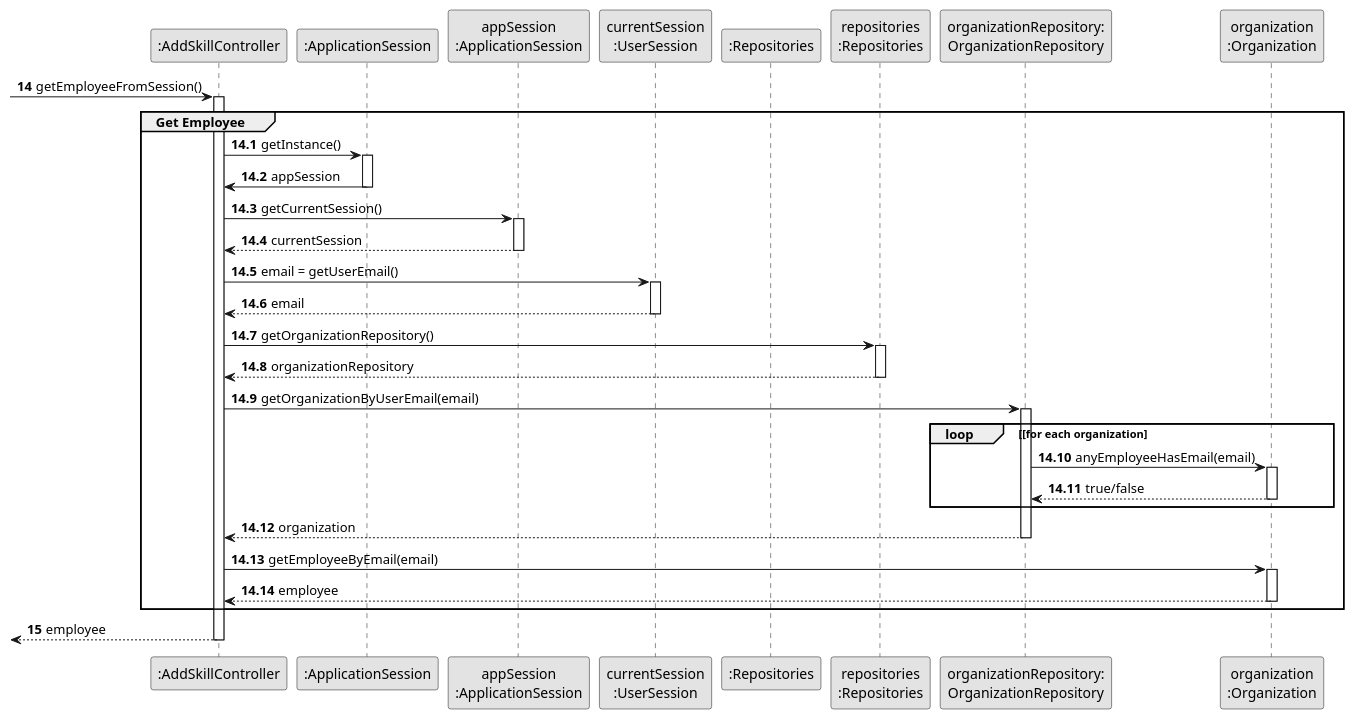
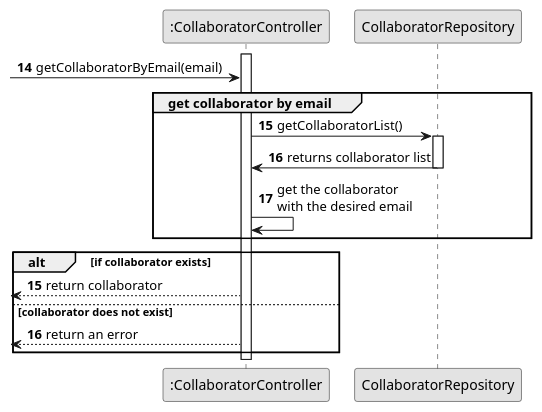
Before and after one commit to RicardoMorim/lapr2-ISEP-Project: the diagram in docs/sprintB/us004/03.design/puml/us004-sequence-diagram-partial-get-employee.puml, drawn with PlantUML. The commit also changed 14 other files, not shown here.

```diff
--- a/docs/sprintB/us004/03.design/puml/us004-sequence-diagram-partial-get-employee.puml
+++ b/docs/sprintB/us004/03.design/puml/us004-sequence-diagram-partial-get-employee.puml
@@ -1,72 +1,34 @@
 @startuml
 skinparam monochrome true
 skinparam packageStyle rectangle
 skinparam shadowing false
 
 
 
 'hide footbox
-participant ":AddSkillController" as CTRL
-participant ":ApplicationSession" as _APP
-participant "appSession\n:ApplicationSession" as APP
-participant "currentSession\n:UserSession" as SESSAO
-participant ":Repositories" as RepositorySingleton
-participant "repositories\n:Repositories" as PLAT
-participant "organizationRepository:\nOrganizationRepository" as OrganizationRepository
-participant "organization\n:Organization" as ORG
+participant ":CollaboratorController" as CTRL
+participant "CollaboratorRepository" as REP
 
 autonumber 14
--> CTRL : getEmployeeFromSession()
+-> CTRL : getCollaboratorByEmail(email)
+    group get collaborator by email
+        CTRL -> REP: getCollaboratorList()
+        activate REP
+             REP -> CTRL: returns collaborator list
+        deactivate REP
+
+        CTRL -> CTRL: get the collaborator\nwith the desired email
+    end
 autonumber 14.1
 activate CTRL
 
-    group Get Employee
-        CTRL -> _APP: getInstance()
-        activate _APP
-            _APP -> CTRL: appSession
-        deactivate _APP
 
-        CTRL -> APP: getCurrentSession()
-        activate APP
-
-            APP --> CTRL: currentSession
-        deactivate APP
-
-        CTRL -> SESSAO: email = getUserEmail()
-        activate SESSAO
-
-            SESSAO --> CTRL: email
-        deactivate SESSAO
-
-        CTRL -> PLAT: getOrganizationRepository()
-        activate PLAT
-
-            PLAT --> CTRL: organizationRepository
-        deactivate PLAT
-
-        CTRL -> OrganizationRepository: getOrganizationByUserEmail(email)
-        activate OrganizationRepository
-
-            loop [for each organization
-                OrganizationRepository -> ORG : anyEmployeeHasEmail(email)
-                activate ORG
-
-                     ORG --> OrganizationRepository : true/false
-                deactivate ORG
-            end
-
-            OrganizationRepository --> CTRL : organization
-
-        deactivate OrganizationRepository
-
-        CTRL -> ORG: getEmployeeByEmail(email)
-        activate ORG
-
-            ORG --> CTRL : employee
-        deactivate ORG
+    autonumber 15
+    alt if collaborator exists
+        <--CTRL: return collaborator
+    else collaborator does not exist
+        <-- CTRL : return an error
     end
-    autonumber 15
-    <-- CTRL : employee
 deactivate CTRL
 
 @enduml
```
